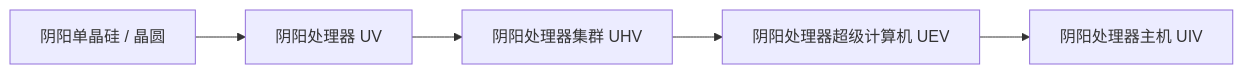
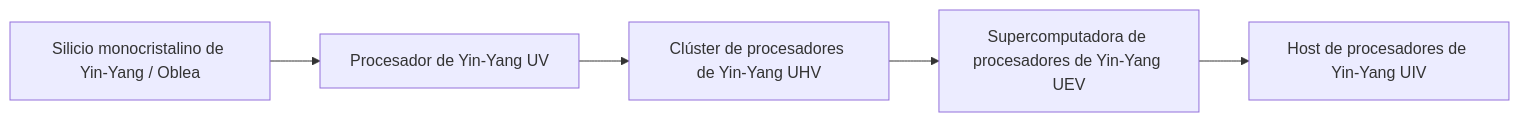
The second of 2 diagrams in docs/es/gtecore/circuits-and-materials.md (takanashisatou/GregtechEasy-Docs), drawn with Mermaid before and after one commit. The commit also changed other lines of this file and 99 other files, not shown here.

````diff
--- a/docs/es/gtecore/circuits-and-materials.md
+++ b/docs/es/gtecore/circuits-and-materials.md
@@ -30,7 +30,7 @@
 ```mermaid
 graph LR
-    A[阴阳单晶硅 / 晶圆] --> B[阴阳处理器 UV]
-    B --> C[阴阳处理器集群 UHV]
-    C --> D[阴阳处理器超级计算机 UEV]
-    D --> E[阴阳处理器主机 UIV]
+    A[Silicio monocristalino de Yin-Yang / Oblea] --> B[Procesador de Yin-Yang UV]
+    B --> C[Clúster de procesadores de Yin-Yang UHV]
+    C --> D[Supercomputadora de procesadores de Yin-Yang UEV]
+    D --> E[Host de procesadores de Yin-Yang UIV]
 ```
````
